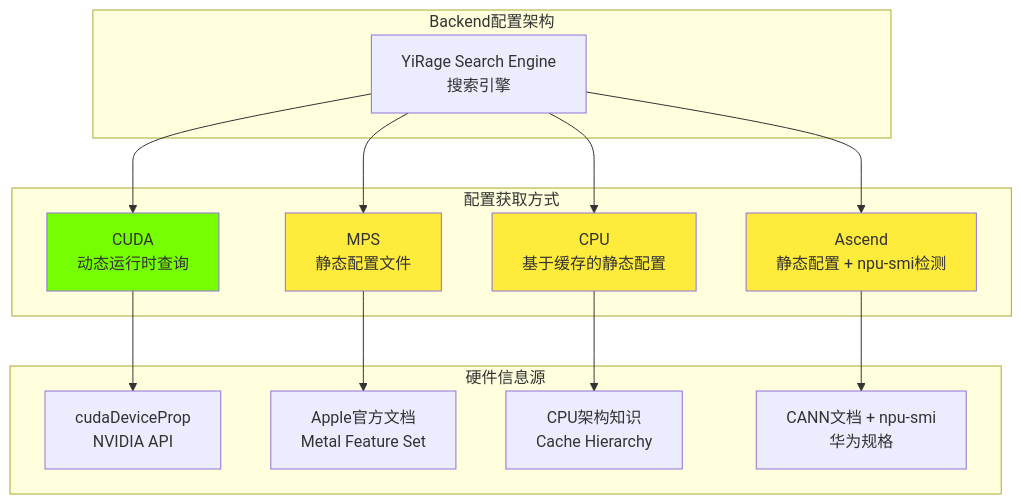
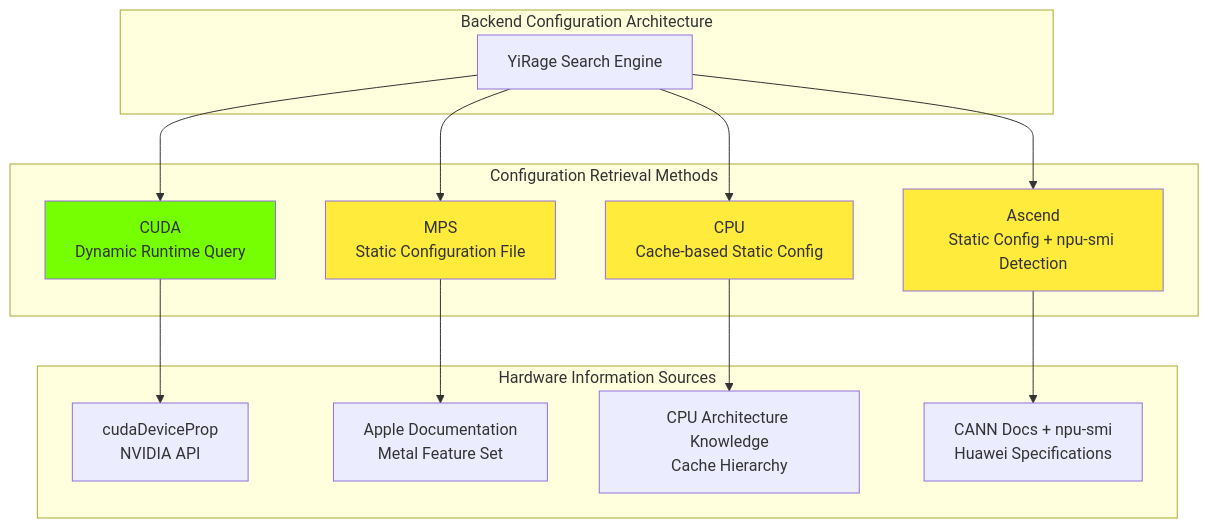
Before and after one commit to chenxingqiang/YiRage: the diagram in docs/backend_config_comparison.md, drawn with Mermaid. The commit also changed other lines of this file and 4 other files, not shown here.

Commit message:
Refactor: Update documentation for Ascend, MACA, and MPS backends

````diff
--- a/docs/backend_config_comparison.md
+++ b/docs/backend_config_comparison.md
@@ -5,31 +5,31 @@
 ```mermaid
 graph TB
-    subgraph "Backend配置架构"
-        A[YiRage Search Engine<br/>搜索引擎]
+    subgraph "Backend Configuration Architecture"
+        A[YiRage Search Engine]
     end
 
-    subgraph "配置获取方式"
-        B[CUDA<br/>动态运行时查询]
-        C[MPS<br/>静态配置文件]
-        D[CPU<br/>基于缓存的静态配置]
-        E[Ascend<br/>静态配置 + npu-smi检测]
+    subgraph "Configuration Retrieval Methods"
+        B[CUDA<br/>Dynamic Runtime Query]
+        C[MPS<br/>Static Configuration File]
+        D[CPU<br/>Cache-based Static Config]
+        E[Ascend<br/>Static Config + npu-smi Detection]
     end
 
-    subgraph "硬件信息源"
+    subgraph "Hardware Information Sources"
         F[cudaDeviceProp<br/>NVIDIA API]
-        G[Apple官方文档<br/>Metal Feature Set]
-        H[CPU架构知识<br/>Cache Hierarchy]
-        I[CANN文档 + npu-smi<br/>华为规格]
+        G[Apple Documentation<br/>Metal Feature Set]
+        H[CPU Architecture Knowledge<br/>Cache Hierarchy]
+        I[CANN Docs + npu-smi<br/>Huawei Specifications]
     end
 
     A --> B & C & D & E
     B --> F
     C --> G
     D --> H
     E --> I
 
     style B fill:#76ff03
     style C fill:#ffeb3b
     style D fill:#ffeb3b
     style E fill:#ffeb3b
 ```
````
